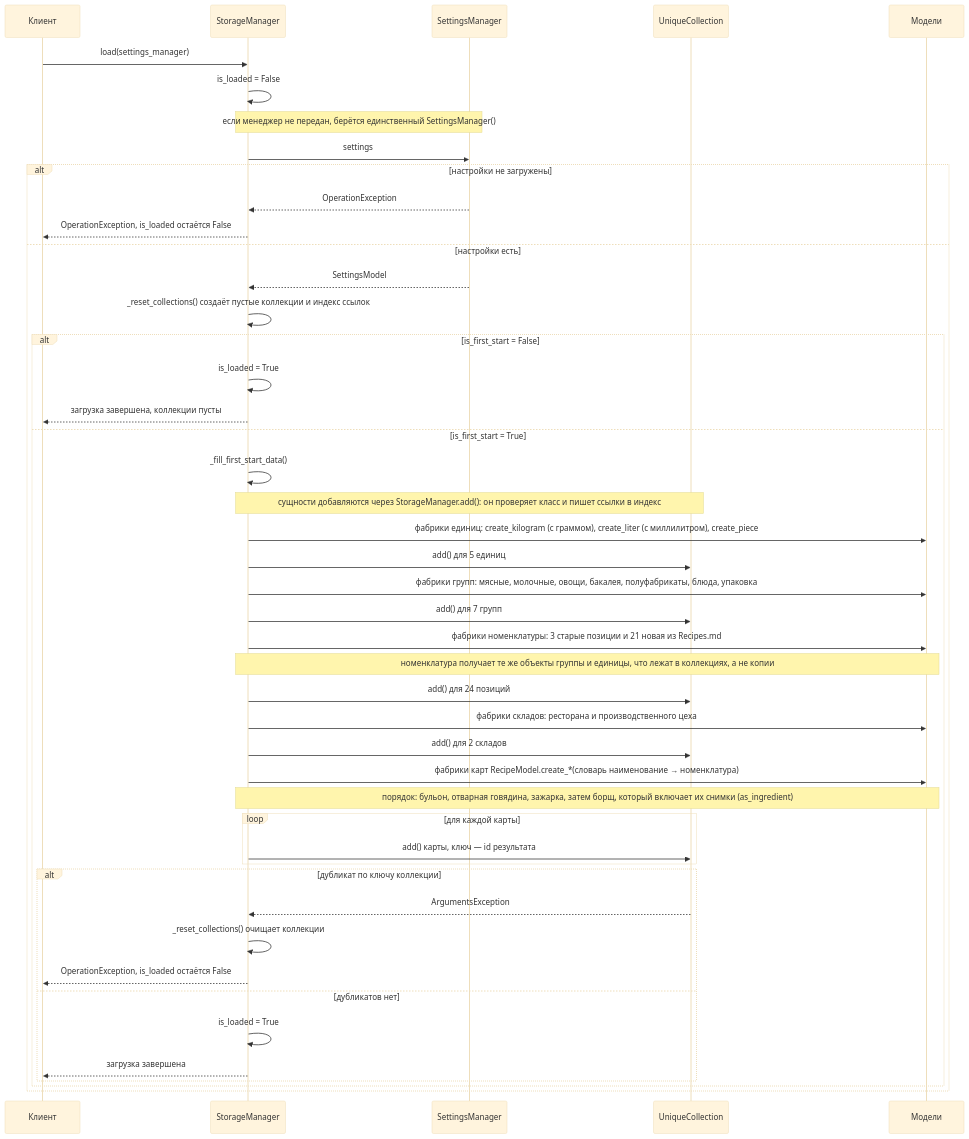
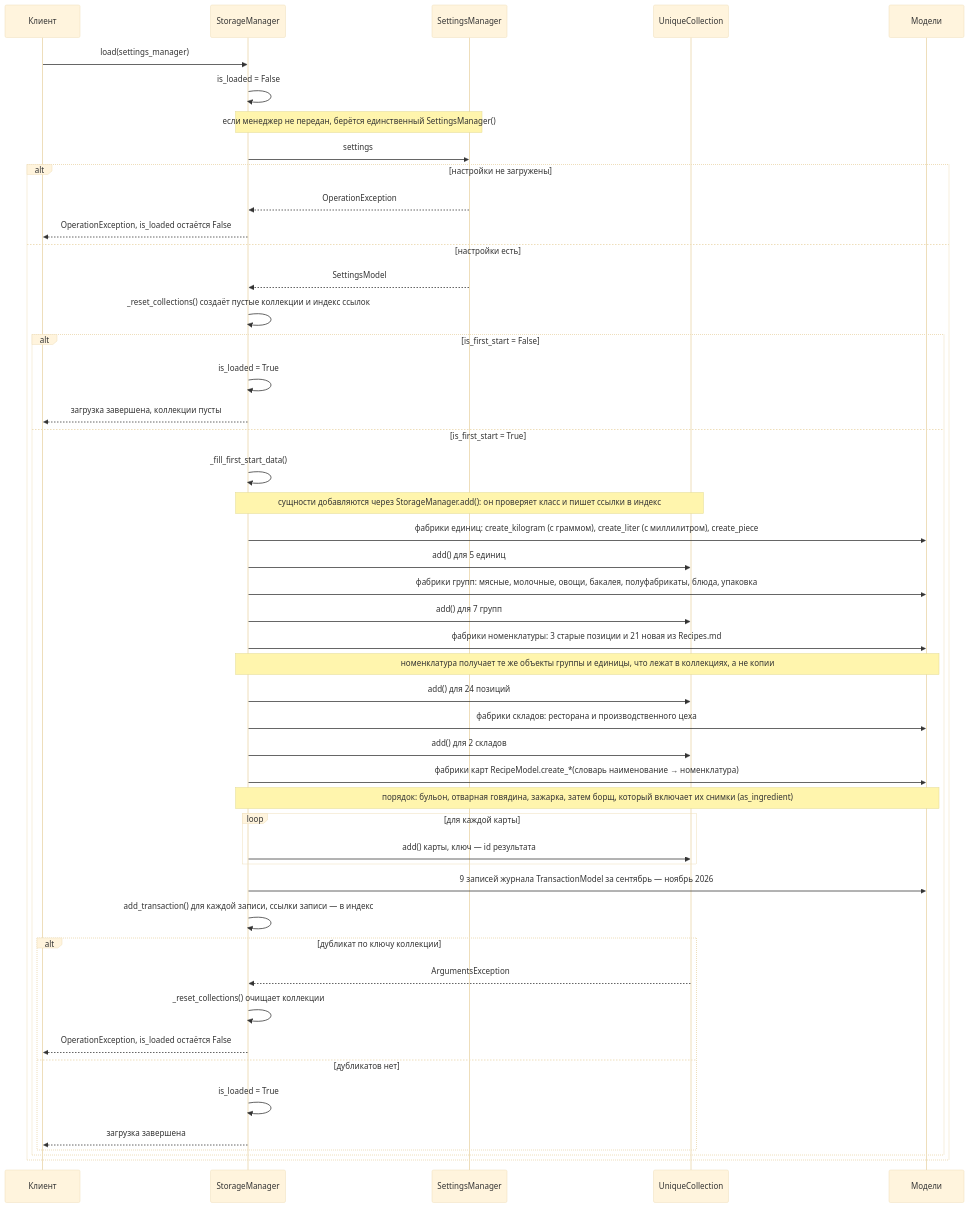
Before and after one commit to asutenshi/design-patterns: the third of 5 diagrams in Docs/SequenceDiagram.md, drawn with Mermaid (base theme). The commit also changed other lines of this file and 2 other files, not shown here.

Commit message:
docs: describe filtering and turnover API and update diagrams

````diff
--- a/Docs/SequenceDiagram.md
+++ b/Docs/SequenceDiagram.md
@@ -93,49 +93,51 @@
 ```mermaid
 sequenceDiagram
     participant K as Клиент
     participant St as StorageManager
     participant Se as SettingsManager
     participant C as UniqueCollection
     participant M as Модели
 
     K->>St: load(settings_manager)
     St->>St: is_loaded = False
     Note over St,Se: если менеджер не передан, берётся единственный SettingsManager()
     St->>Se: settings
     alt настройки не загружены
         Se-->>St: OperationException
         St-->>K: OperationException, is_loaded остаётся False
     else настройки есть
         Se-->>St: SettingsModel
         St->>St: _reset_collections() создаёт пустые коллекции и индекс ссылок
         alt is_first_start = False
             St->>St: is_loaded = True
             St-->>K: загрузка завершена, коллекции пусты
         else is_first_start = True
             St->>St: _fill_first_start_data()
             Note over St,C: сущности добавляются через StorageManager.add(): он проверяет класс и пишет ссылки в индекс
             St->>M: фабрики единиц: create_kilogram (с граммом), create_liter (с миллилитром), create_piece
             St->>C: add() для 5 единиц
             St->>M: фабрики групп: мясные, молочные, овощи, бакалея, полуфабрикаты, блюда, упаковка
             St->>C: add() для 7 групп
             St->>M: фабрики номенклатуры: 3 старые позиции и 21 новая из Recipes.md
             Note over St,M: номенклатура получает те же объекты группы и единицы, что лежат в коллекциях, а не копии
             St->>C: add() для 24 позиций
             St->>M: фабрики складов: ресторана и производственного цеха
             St->>C: add() для 2 складов
             St->>M: фабрики карт RecipeModel.create_*(словарь наименование → номенклатура)
             Note over St,M: порядок: бульон, отварная говядина, зажарка, затем борщ, который включает их снимки (as_ingredient)
             loop для каждой карты
                 St->>C: add() карты, ключ — id результата
             end
+            St->>M: 9 записей журнала TransactionModel за сентябрь — ноябрь 2026
+            St->>St: add_transaction() для каждой записи, ссылки записи — в индекс
             alt дубликат по ключу коллекции
                 C-->>St: ArgumentsException
                 St->>St: _reset_collections() очищает коллекции
                 St-->>K: OperationException, is_loaded остаётся False
             else дубликатов нет
                 St->>St: is_loaded = True
                 St-->>K: загрузка завершена
             end
         end
     end
 ```
````
